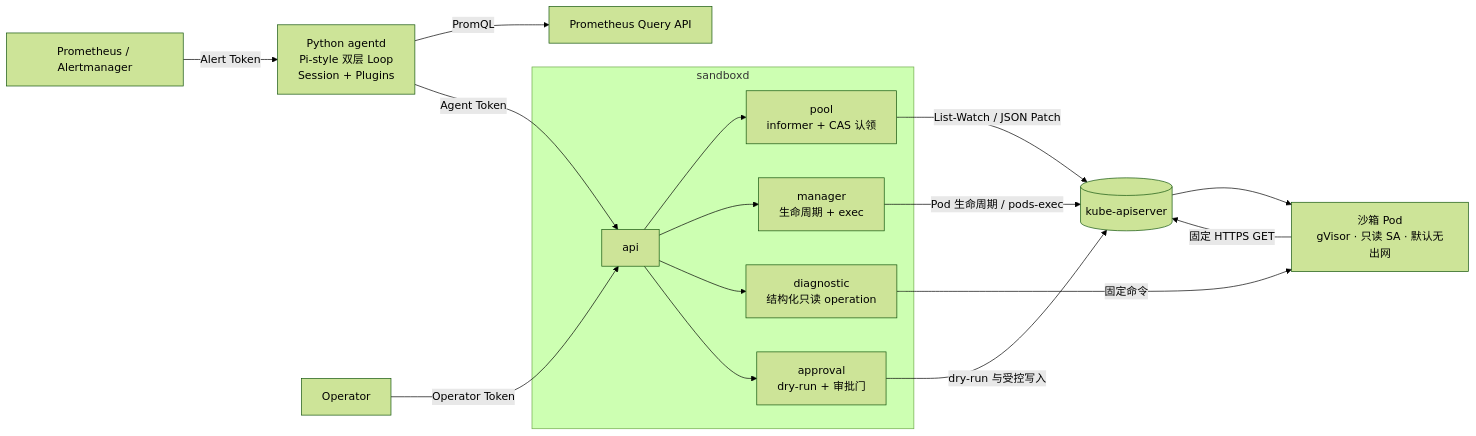
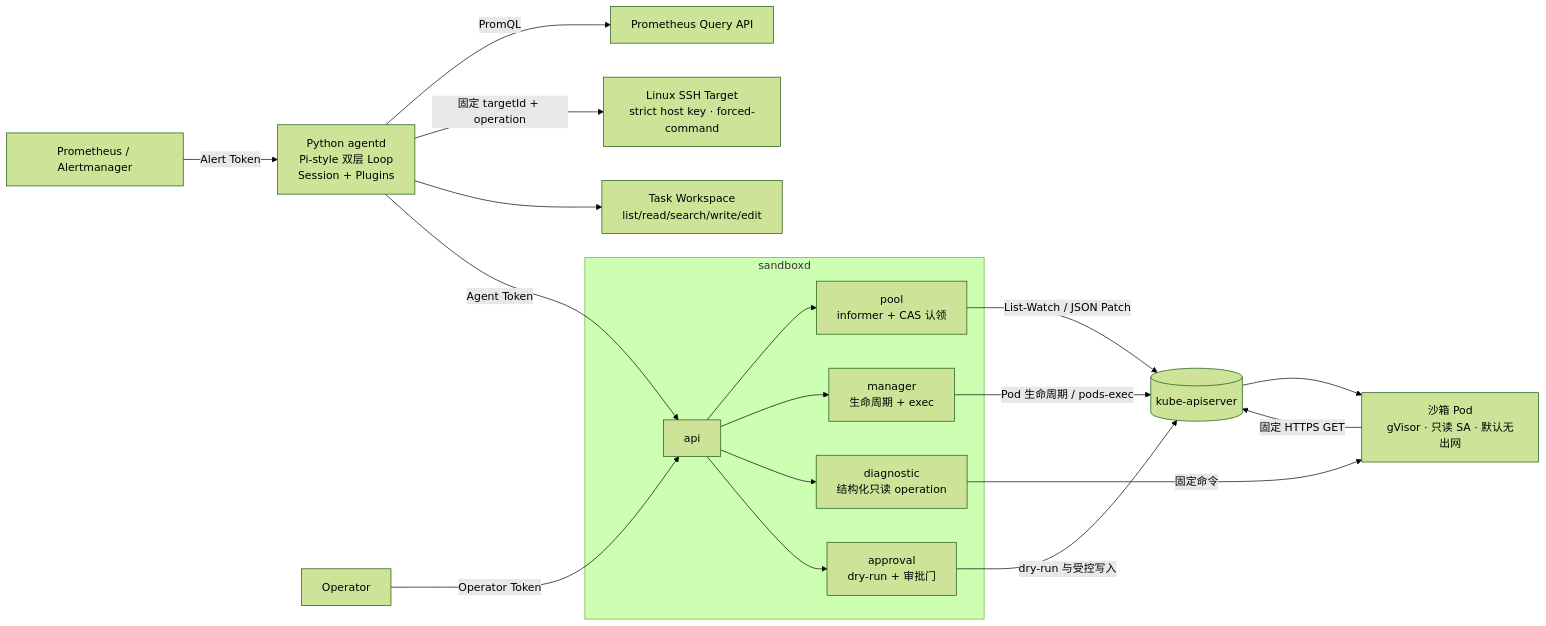
One commit to chx739/sandboxd changed the first of 2 diagrams in README.md. Above: the diagram before and after it, drawn with Mermaid (forest theme). The commit also changed other lines of this file and 9 other files, not shown here.

````diff
--- a/README.md
+++ b/README.md
@@ -7,19 +7,21 @@
 ```mermaid
 graph LR
     AM["Prometheus / Alertmanager"] -->|Alert Token| Agentd["Python agentd<br/>Pi-style 双层 Loop<br/>Session + Plugins"]
     Agentd -->|PromQL| Prom["Prometheus Query API"]
+    Agentd -->|固定 targetId + operation| SSH["Linux SSH Target<br/>strict host key · forced-command"]
+    Agentd --> WS["Task Workspace<br/>list/read/search/write/edit"]
     Agentd -->|Agent Token| API
     Operator["Operator"] -->|Operator Token| API
     subgraph sandboxd
         API[api] --> Pool["pool<br/>informer + CAS 认领"]
         API --> Mgr["manager<br/>生命周期 + exec"]
         API --> Diag["diagnostic<br/>结构化只读 operation"]
         API --> Gate["approval<br/>dry-run + 审批门"]
     end
     Pool -->|List-Watch / JSON Patch| K8s[(kube-apiserver)]
     Mgr -->|Pod 生命周期 / pods-exec| K8s
     Gate -->|dry-run 与受控写入| K8s
     K8s --> SB["沙箱 Pod<br/>gVisor · 只读 SA · 默认无出网"]
     Diag -->|固定命令| SB
     SB -->|固定 HTTPS GET| K8s
 ```
````
